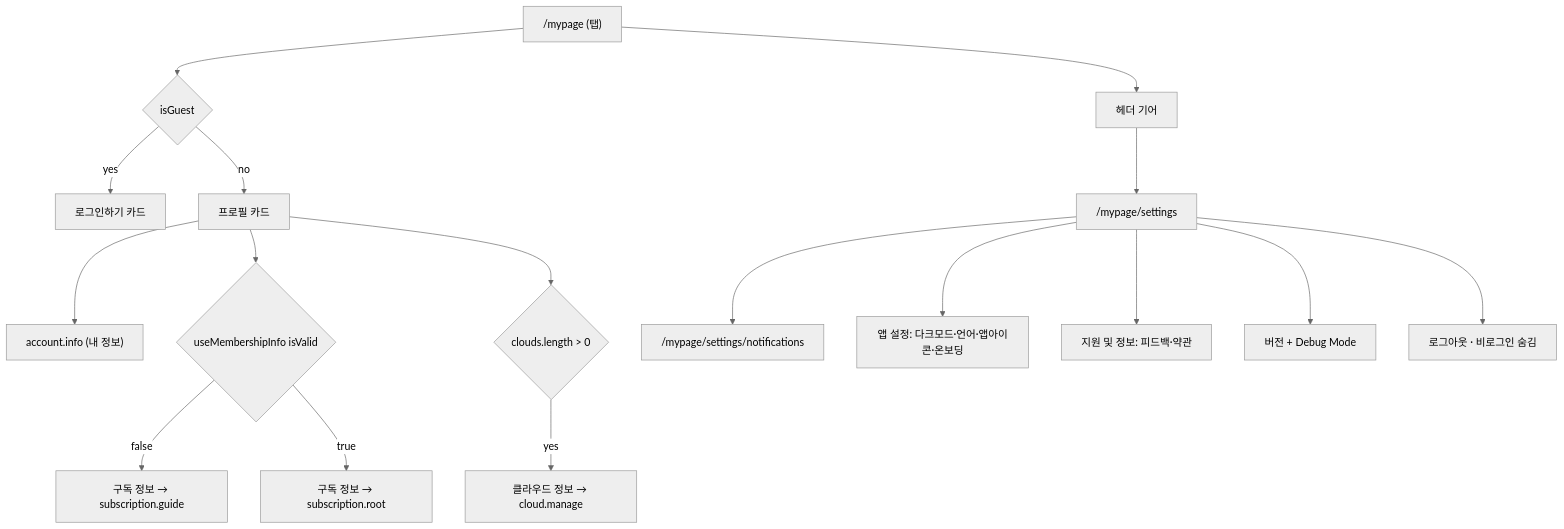
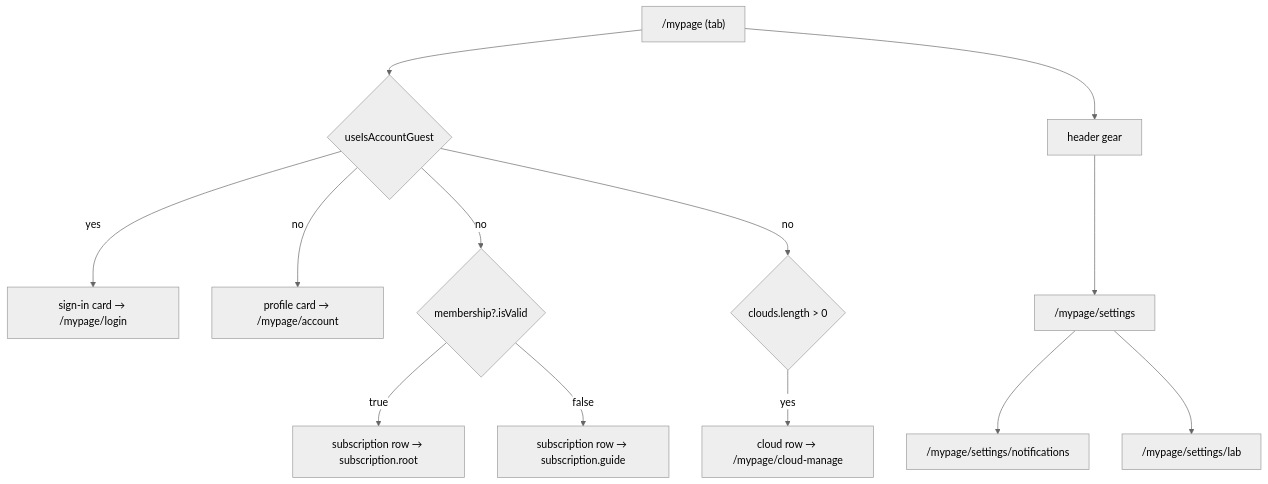
Before and after one commit to lemoncloud-io/dou-app: the diagram in apps/web/docs/feature/mypage/README.md, drawn with Mermaid (neutral theme). The commit also changed other lines of this file, not shown here.

First line of the commit message:
docs(web): rewrite the mypage group doc in english

````diff
--- a/apps/web/docs/feature/mypage/README.md
+++ b/apps/web/docs/feature/mypage/README.md
@@ -152,18 +99,14 @@
 ```mermaid
 flowchart TD
-    M["/mypage (탭)"] --> G{isGuest}
-    G -- yes --> GUEST[로그인하기 카드]
-    G -- no --> P[프로필 카드]
-    P --> INFO["account.info (내 정보)"]
-    P --> S{useMembershipInfo isValid}
-    S -- false --> SUB0["구독 정보 → subscription.guide"]
-    S -- true --> SUB1["구독 정보 → subscription.root"]
-    P --> C{clouds.length > 0}
-    C -- yes --> CLOUD["클라우드 정보 → cloud.manage"]
-    M --> GEAR["헤더 기어"] --> SET["/mypage/settings"]
+    M["/mypage (tab)"] --> G{useIsAccountGuest}
+    G -- yes --> GUEST["sign-in card → /mypage/login"]
+    G -- no --> P["profile card → /mypage/account"]
+    G -- no --> S{membership?.isValid}
+    S -- true --> SUB1["subscription row → subscription.root"]
+    S -- false --> SUB0["subscription row → subscription.guide"]
+    G -- no --> C{clouds.length > 0}
+    C -- yes --> CLOUD["cloud row → /mypage/cloud-manage"]
+    M --> GEAR["header gear"] --> SET["/mypage/settings"]
     SET --> NOTI["/mypage/settings/notifications"]
-    SET --> APP[앱 설정: 다크모드·언어·앱아이콘·온보딩]
-    SET --> SUP[지원 및 정보: 피드백·약관]
-    SET --> VER[버전 + Debug Mode]
-    SET --> OUT[로그아웃 · 비로그인 숨김]
+    SET --> LAB["/mypage/settings/lab"]
 ```
````
